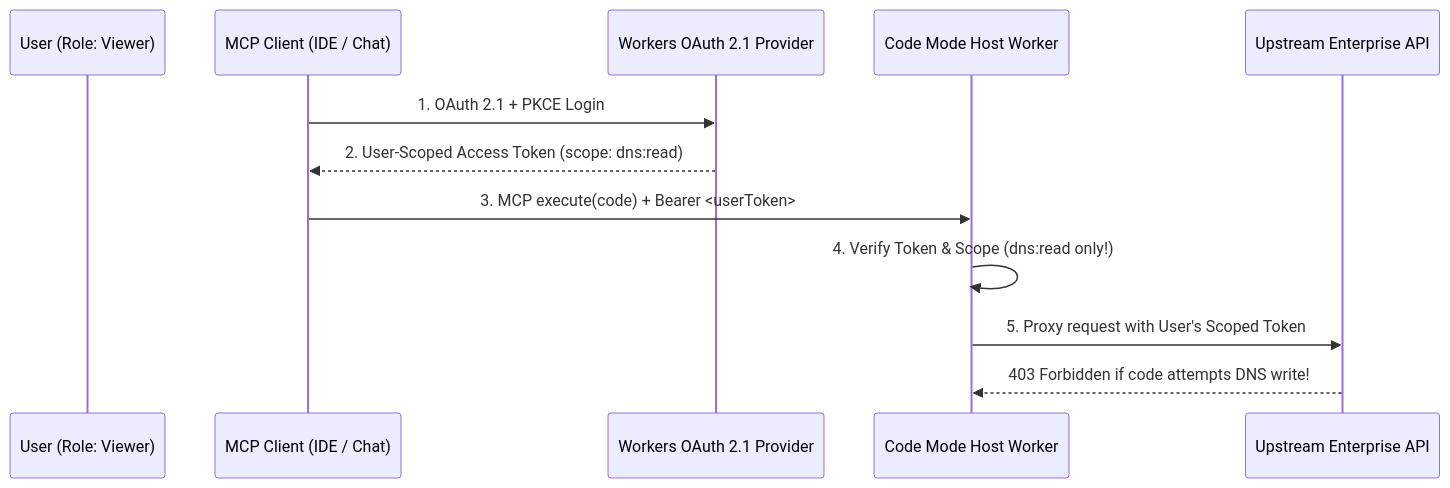
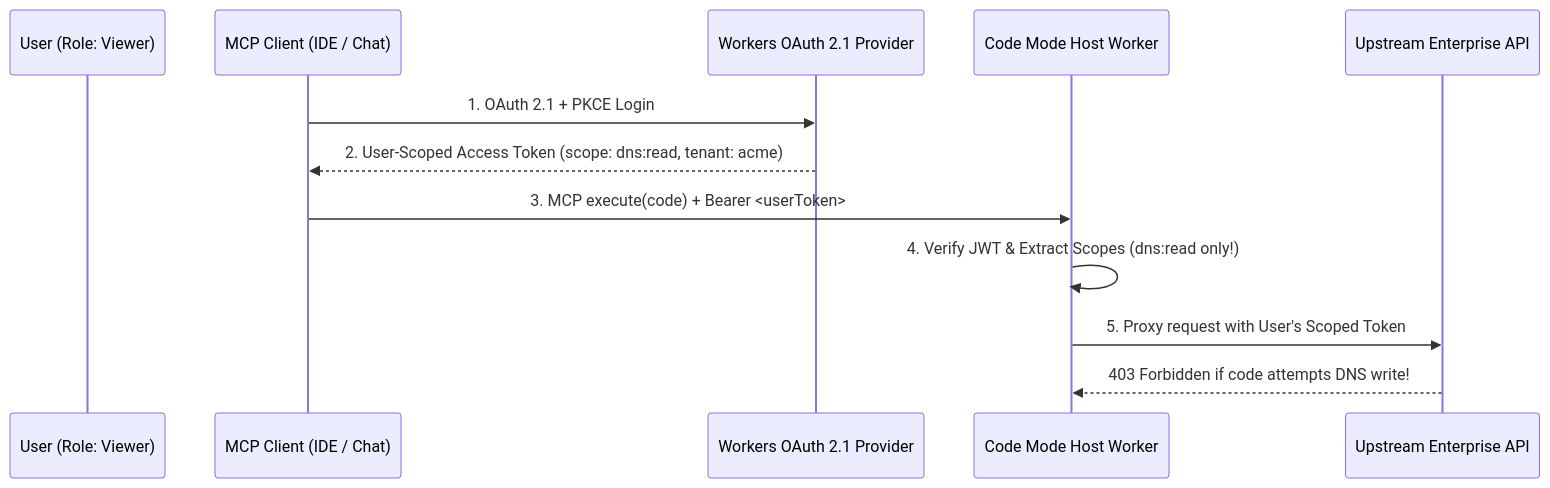
The first of 2 diagrams in Lecture 31 - Cloudflare Code Mode MCP/notes/06_OAuth_2_1_and_Scoped_Delegated_Execution.md (Amie-dev/FDE-and-GenAI-Mastery), drawn with Mermaid before and after one commit. The commit also changed other lines of this file and 92 other files, not shown here.

````diff
--- a/Lecture 31 - Cloudflare Code Mode MCP/notes/06_OAuth_2_1_and_Scoped_Delegated_Execution.md
+++ b/Lecture 31 - Cloudflare Code Mode MCP/notes/06_OAuth_2_1_and_Scoped_Delegated_Execution.md
@@ -23,15 +26,15 @@
 ```mermaid
 sequenceDiagram
     participant User as User (Role: Viewer)
     participant Client as MCP Client (IDE / Chat)
     participant OAuth as Workers OAuth 2.1 Provider
     participant Host as Code Mode Host Worker
     participant API as Upstream Enterprise API
 
     Client->>OAuth: 1. OAuth 2.1 + PKCE Login
-    OAuth-->>Client: 2. User-Scoped Access Token (scope: dns:read)
+    OAuth-->>Client: 2. User-Scoped Access Token (scope: dns:read, tenant: acme)
     Client->>Host: 3. MCP execute(code) + Bearer <userToken>
-    Host->>Host: 4. Verify Token & Scope (dns:read only!)
+    Host->>Host: 4. Verify JWT & Extract Scopes (dns:read only!)
     Host->>API: 5. Proxy request with User's Scoped Token
     API-->>Host: 403 Forbidden if code attempts DNS write!
 ```
````
